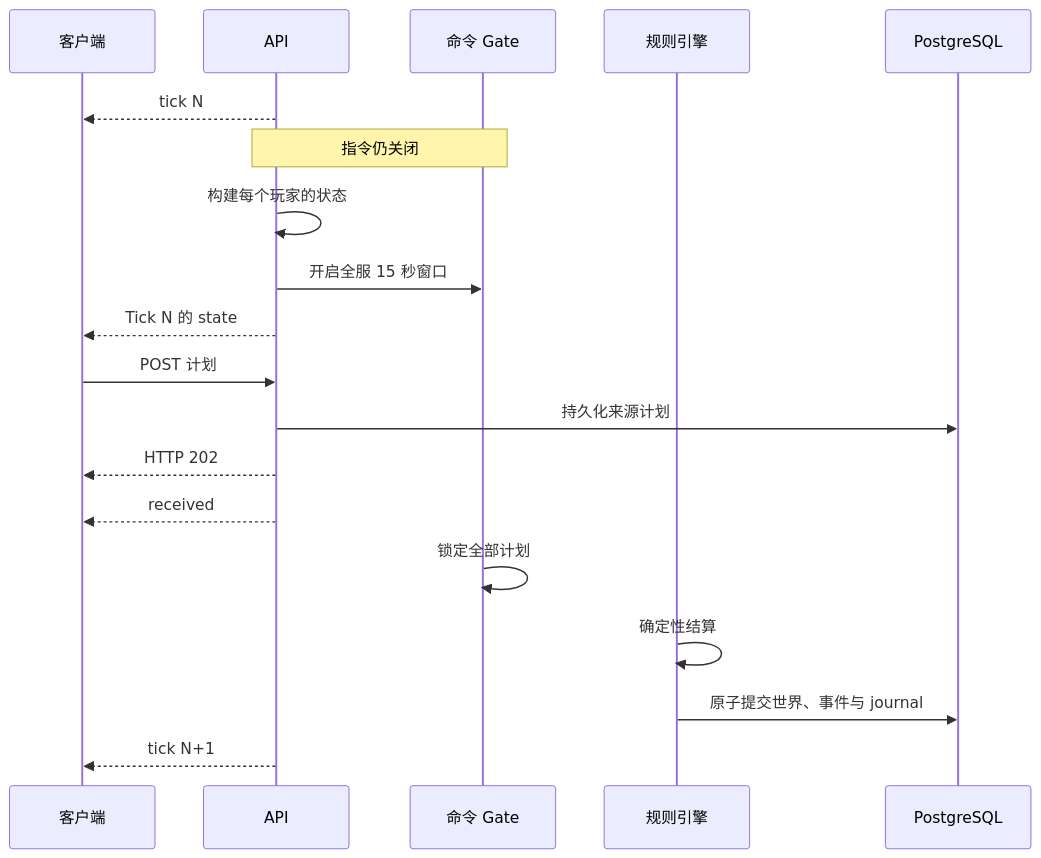
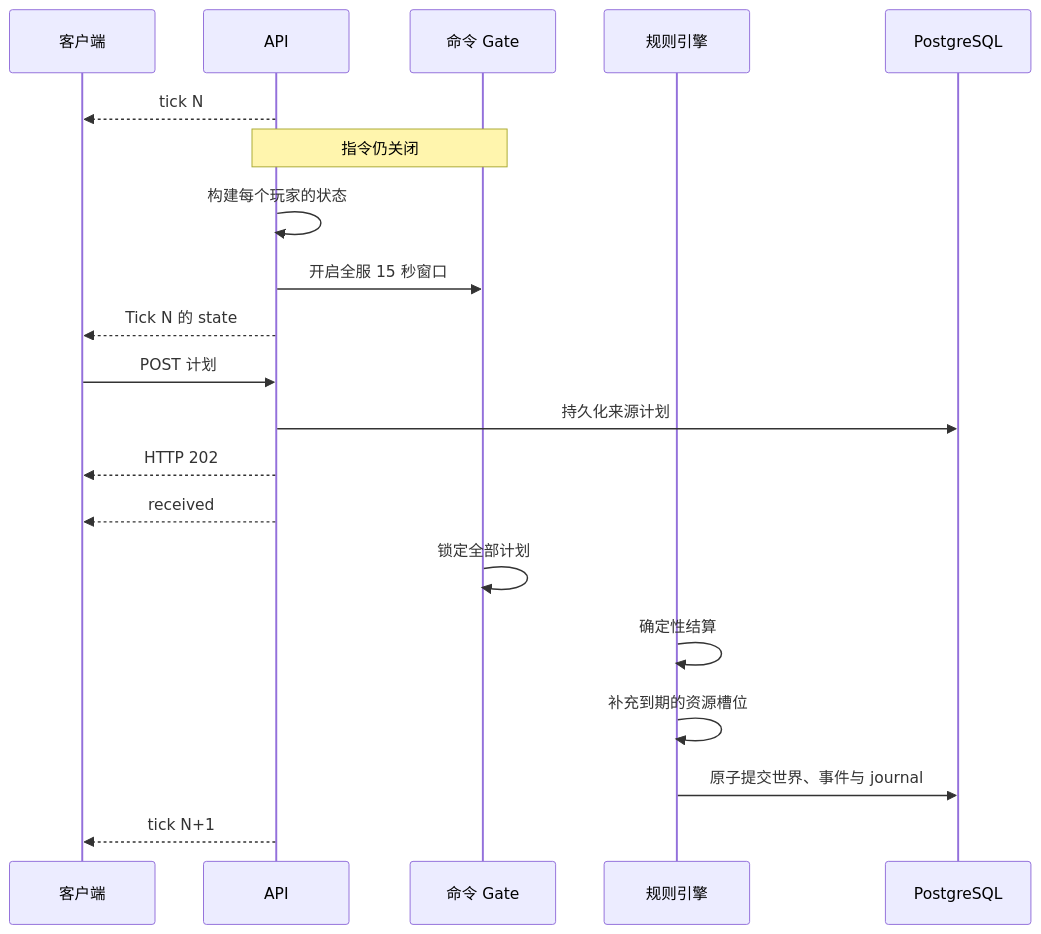
Before and after one commit to arena-hero/arena-hero-doc: the diagram in i18n/zh-Hans/docusaurus-plugin-content-docs/current/rules/world-and-ticks.md, drawn with Mermaid. The commit also changed other lines of this file and 37 other files, not shown here.

````diff
--- a/i18n/zh-Hans/docusaurus-plugin-content-docs/current/rules/world-and-ticks.md
+++ b/i18n/zh-Hans/docusaurus-plugin-content-docs/current/rules/world-and-ticks.md
@@ -40,22 +44,23 @@
 ```mermaid
 sequenceDiagram
   participant C as 客户端
   participant A as API
   participant G as 命令 Gate
   participant E as 规则引擎
   participant D as PostgreSQL
 
   A-->>C: tick N
   Note over A,G: 指令仍关闭
   A->>A: 构建每个玩家的状态
   A->>G: 开启全服 15 秒窗口
   A-->>C: Tick N 的 state
   C->>A: POST 计划
   A->>D: 持久化来源计划
   A-->>C: HTTP 202
   A-->>C: received
   G->>G: 锁定全部计划
   E->>E: 确定性结算
+  E->>E: 补充到期的资源槽位
   E->>D: 原子提交世界、事件与 journal
   A-->>C: tick N+1
 ```
````
